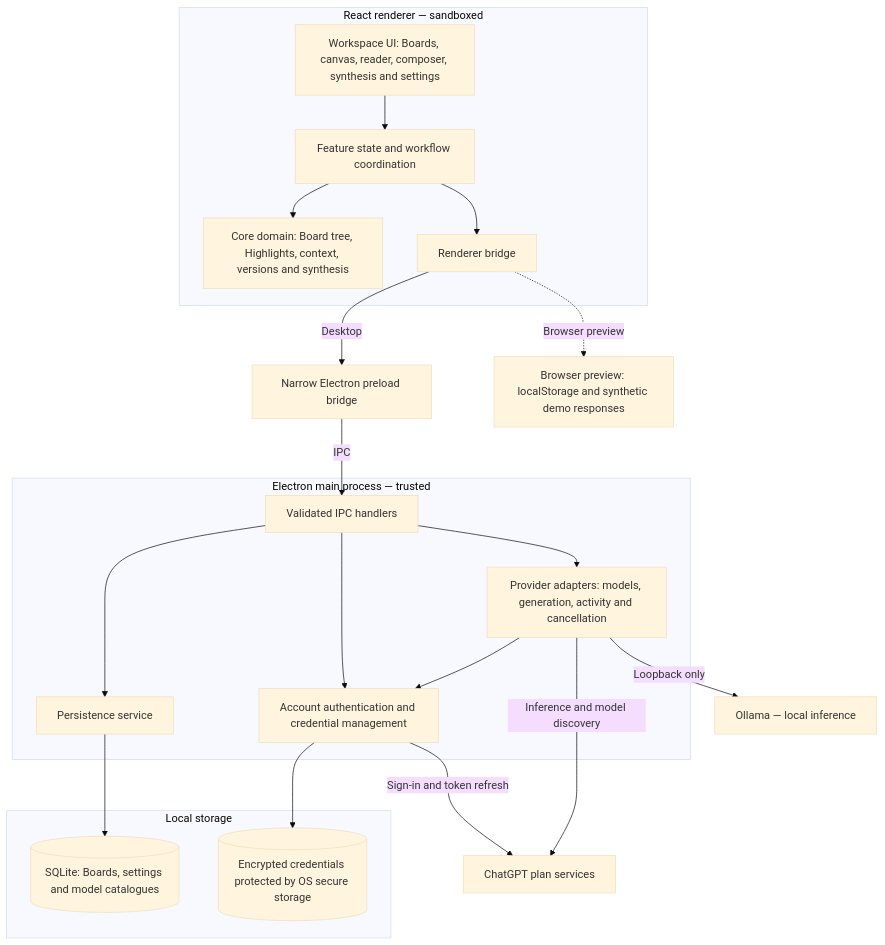
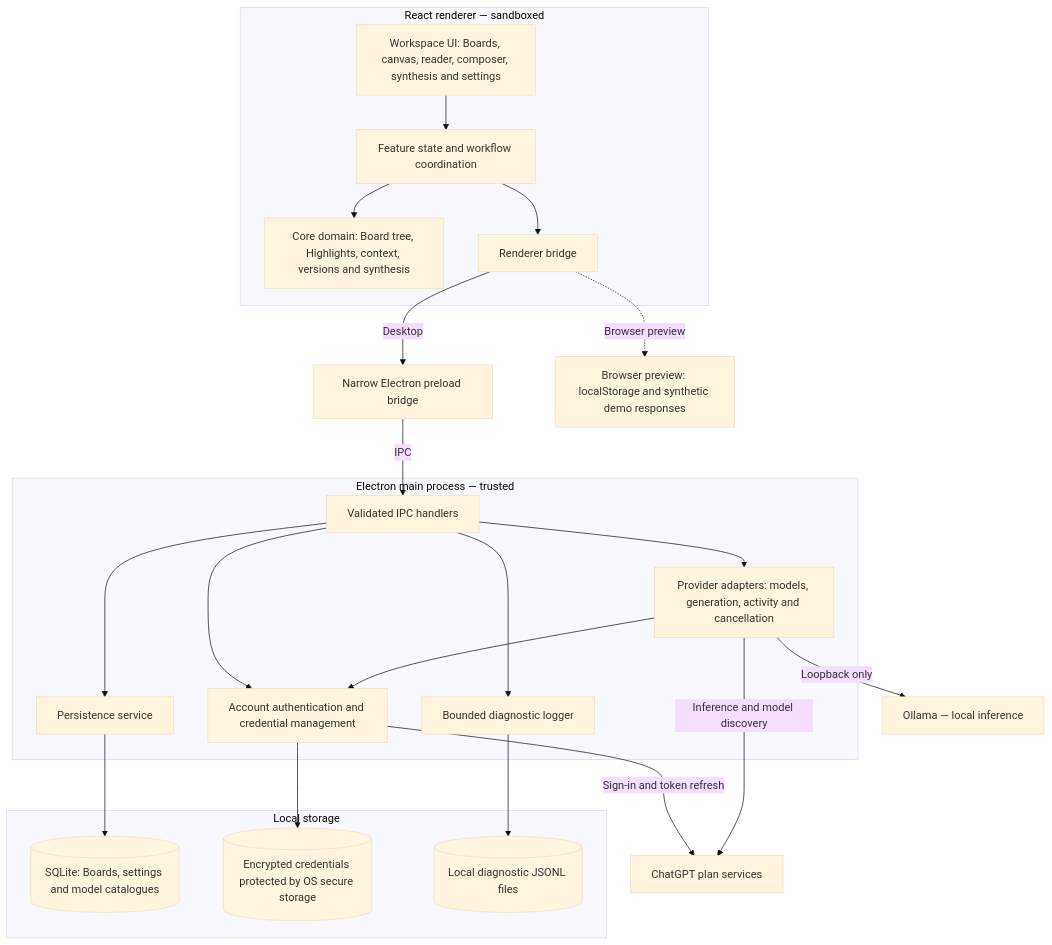
Before and after one commit to ozyjay/Noteboard: the diagram in docs/architecture.md, drawn with Mermaid (base theme). The commit also changed other lines of this file and 11 other files, not shown here.

````diff
--- a/docs/architecture.md
+++ b/docs/architecture.md
@@ -7,45 +7,49 @@
 ```mermaid
 flowchart TB
   subgraph renderer["React renderer — sandboxed"]
     ui["Workspace UI: Boards, canvas, reader, composer, synthesis and settings"]
     features["Feature state and workflow coordination"]
     core["Core domain: Board tree, Highlights, context, versions and synthesis"]
     bridge["Renderer bridge"]
 
     ui --> features
     features --> core
     features --> bridge
   end
 
   preload["Narrow Electron preload bridge"]
 
   subgraph main["Electron main process — trusted"]
     ipc["Validated IPC handlers"]
     persistence["Persistence service"]
     providers["Provider adapters: models, generation, activity and cancellation"]
     auth["Account authentication and credential management"]
+    diagnostics["Bounded diagnostic logger"]
 
     ipc --> persistence
     ipc --> providers
     ipc --> auth
     providers --> auth
+    ipc --> diagnostics
   end
 
   subgraph storage["Local storage"]
     sqlite[("SQLite: Boards, settings and model catalogues")]
     credentials[("Encrypted credentials protected by OS secure storage")]
+    logfiles[("Local diagnostic JSONL files")]
   end
 
   ollama["Ollama — local inference"]
   chatgpt["ChatGPT plan services"]
   preview["Browser preview: localStorage and synthetic demo responses"]
 
   bridge -->|"Desktop"| preload
   preload -->|"IPC"| ipc
   bridge -.->|"Browser preview"| preview
   persistence --> sqlite
   auth --> credentials
+  diagnostics --> logfiles
   auth -->|"Sign-in and token refresh"| chatgpt
   providers -->|"Loopback only"| ollama
   providers -->|"Inference and model discovery"| chatgpt
 ```
````
